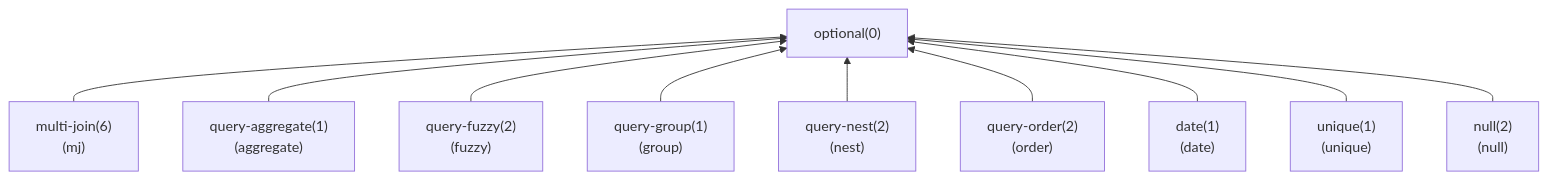
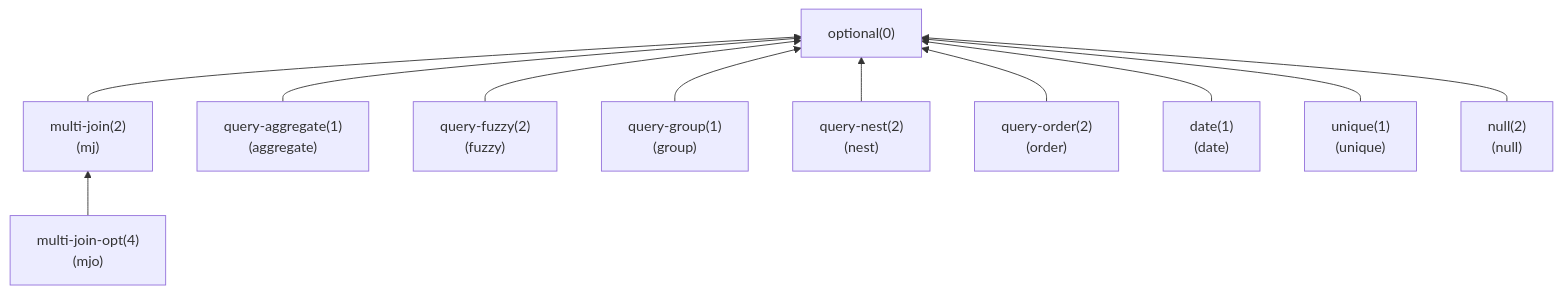
The second of 2 diagrams in docs/ci/platform.md (thu-db/dbs-tutorial), drawn with Mermaid before and after one commit. The commit also changed 1 other file, not shown here.

Commit message:
Update testcase graph

````diff
--- a/docs/ci/platform.md
+++ b/docs/ci/platform.md
@@ -68,22 +68,24 @@
 ```mermaid
 flowchart BT
     optional["optional(0)"]
-    multi-join["multi-join(6)\n(mj)"]
+    multi-join-opt["multi-join-opt(4)\n(mjo)"]
+    multi-join["multi-join(2)\n(mj)"]
     query-aggregate["query-aggregate(1)\n(aggregate)"]
     query-fuzzy["query-fuzzy(2)\n(fuzzy)"]
     query-group["query-group(1)\n(group)"]
     query-nest["query-nest(2)\n(nest)"]
     query-order["query-order(2)\n(order)"]
     date["date(1)\n(date)"]
     unique["unique(1)\n(unique)"]
     null["null(2)\n(null)"]
+    multi-join-opt --> multi-join
     multi-join --> optional
     query-aggregate --> optional
     query-fuzzy --> optional
     query-group --> optional
     query-nest --> optional
     query-order --> optional
     date --> optional
     unique --> optional
     null --> optional
 ```
````
